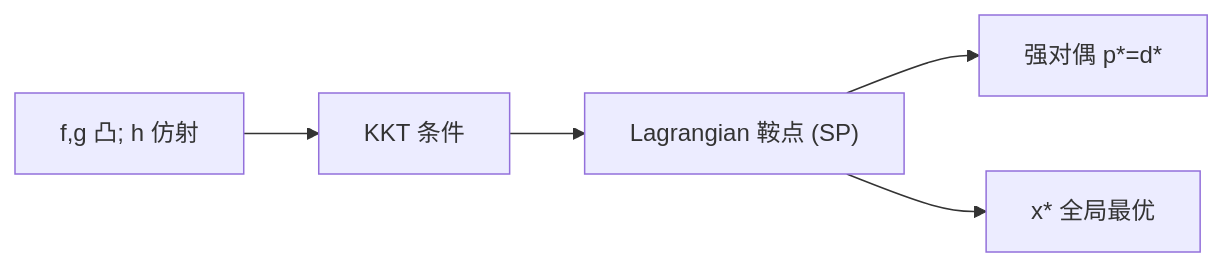
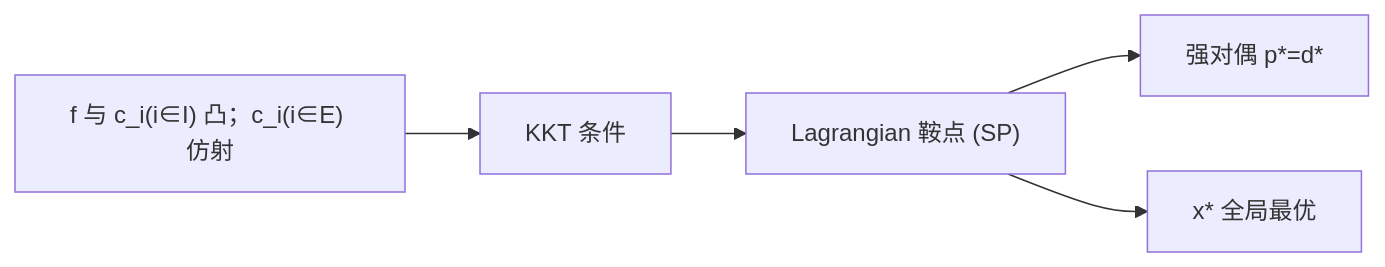
The diagram in _posts/Math/6.附录-数值计算与最优化/2019-07-14-凸优化与KKT条件.md (lixiongguo/lixiongguo.github.io), drawn with Mermaid before and after one commit. The commit also changed other lines of this file and 6 other files, not shown here.

````diff
--- a/_posts/Math/6.附录-数值计算与最优化/2019-07-14-凸优化与KKT条件.md
+++ b/_posts/Math/6.附录-数值计算与最优化/2019-07-14-凸优化与KKT条件.md
@@ -391,7 +410,7 @@
 ```mermaid
 flowchart LR
   KKT["KKT 条件"] --> SP["Lagrangian 鞍点 (SP)"]
   SP --> Strong["强对偶 p*=d*"]
   SP --> Global["x* 全局最优"]
-  Convex["f,g 凸; h 仿射"] --> KKT
+  Convex["f 与 c_i(i∈I) 凸；c_i(i∈E) 仿射"] --> KKT
 ```
````
